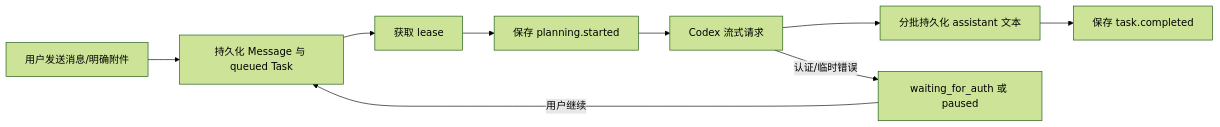
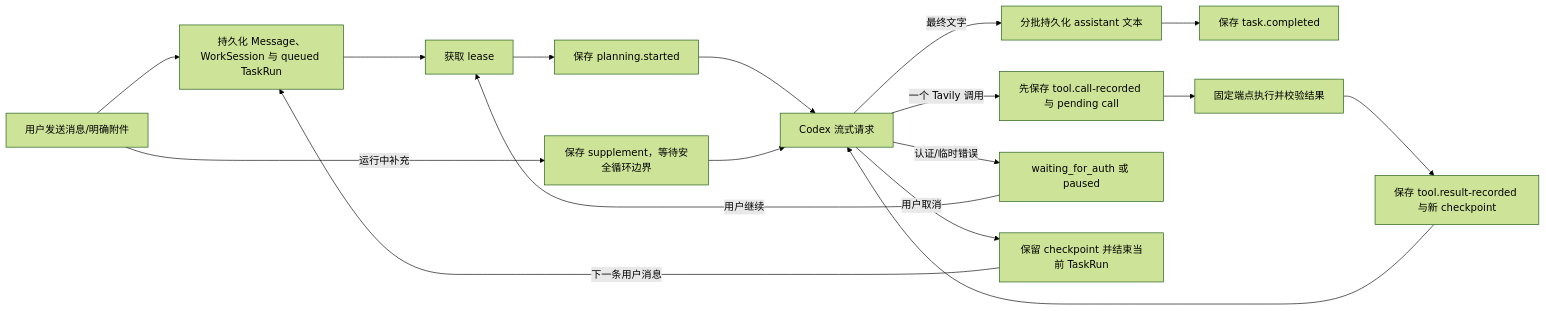
Before and after one commit to nullptrpanic/chatbrowserx: the diagram in docs/architecture.md, drawn with Mermaid (forest theme). The commit also changed other lines of this file and 78 other files, not shown here.

````diff
--- a/docs/architecture.md
+++ b/docs/architecture.md
@@ -22,11 +22,19 @@
 ```mermaid
 flowchart LR
-  U["用户发送消息/明确附件"] --> P["持久化 Message 与 queued Task"]
+  U["用户发送消息/明确附件"] --> P["持久化 Message、WorkSession 与 queued TaskRun"]
   P --> L["获取 lease"]
   L --> S["保存 planning.started"]
   S --> C["Codex 流式请求"]
-  C --> B["分批持久化 assistant 文本"]
+  C -- "最终文字" --> B["分批持久化 assistant 文本"]
   B --> D["保存 task.completed"]
+  C -- "一个 Tavily 调用" --> K["先保存 tool.call-recorded 与 pending call"]
+  K --> T["固定端点执行并校验结果"]
+  T --> R["保存 tool.result-recorded 与新 checkpoint"]
+  R --> C
+  U -- "运行中补充" --> A["保存 supplement，等待安全循环边界"]
+  A --> C
   C -- "认证/临时错误" --> W["waiting_for_auth 或 paused"]
-  W -- "用户继续" --> P
+  W -- "用户继续" --> L
+  C -- "用户取消" --> X["保留 checkpoint 并结束当前 TaskRun"]
+  X -- "下一条用户消息" --> P
 ```
````
